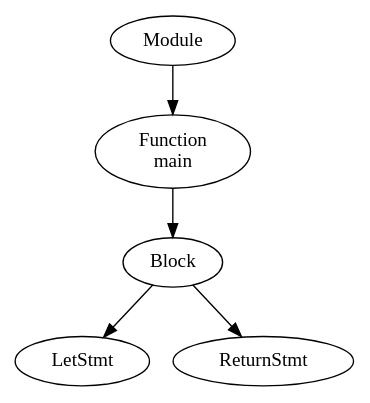
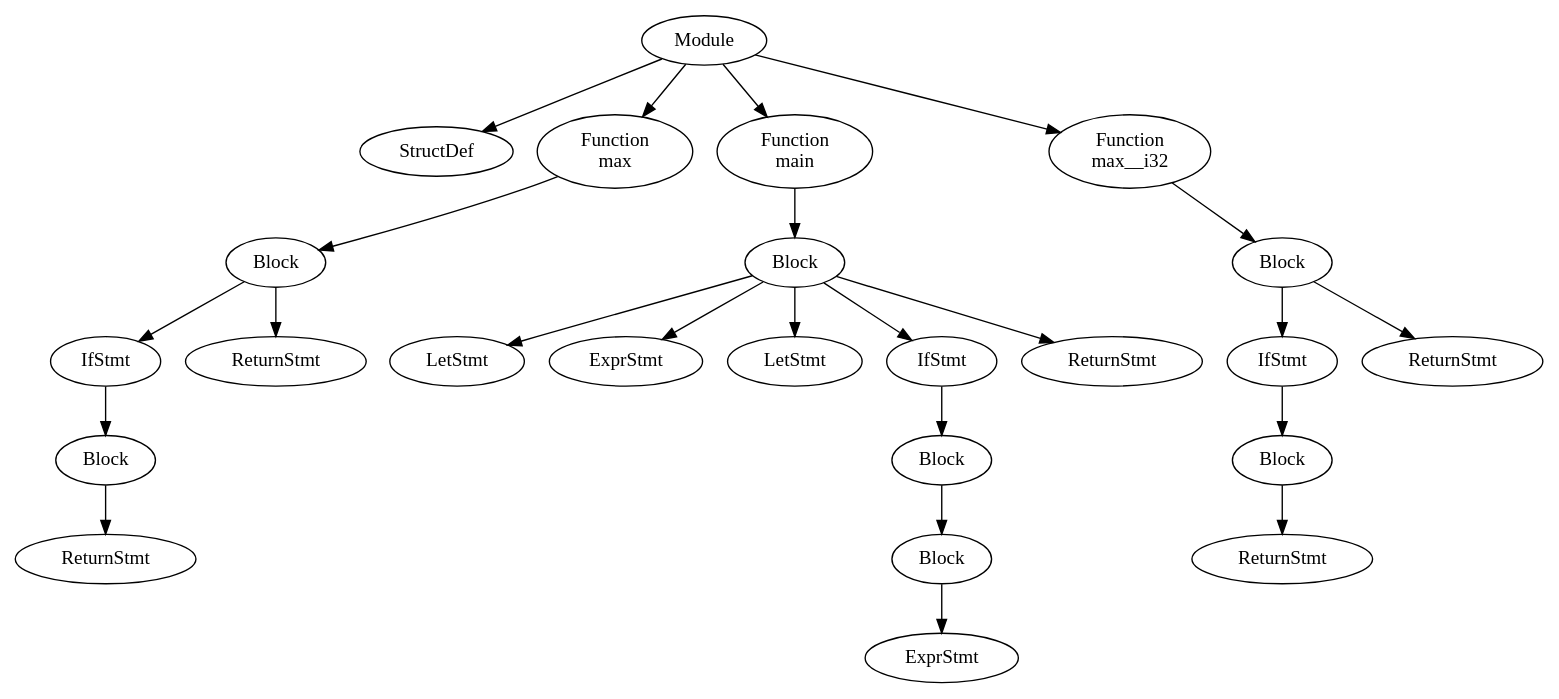
The diagram in out/ast.dot (yuu-hub-fuu/bianyiyuanli-main), drawn with Graphviz before and after one commit. The commit also changed 17 other files, not shown here.

```diff
--- a/out/ast.dot
+++ b/out/ast.dot
@@ -1,11 +1,49 @@
 digraph AST {
 n0 [label="Module"];
-n1 [label="Function\nmain"];
+n1 [label="StructDef"];
 n0 -> n1;
-n2 [label="Block"];
-n1 -> n2;
-n3 [label="LetStmt"];
+n2 [label="Function\nmax"];
+n0 -> n2;
+n3 [label="Block"];
 n2 -> n3;
-n4 [label="ReturnStmt"];
-n2 -> n4;
+n4 [label="IfStmt"];
+n3 -> n4;
+n5 [label="Block"];
+n4 -> n5;
+n6 [label="ReturnStmt"];
+n5 -> n6;
+n7 [label="ReturnStmt"];
+n3 -> n7;
+n8 [label="Function\nmain"];
+n0 -> n8;
+n9 [label="Block"];
+n8 -> n9;
+n10 [label="LetStmt"];
+n9 -> n10;
+n11 [label="ExprStmt"];
+n9 -> n11;
+n12 [label="LetStmt"];
+n9 -> n12;
+n13 [label="IfStmt"];
+n9 -> n13;
+n14 [label="Block"];
+n13 -> n14;
+n15 [label="Block"];
+n14 -> n15;
+n16 [label="ExprStmt"];
+n15 -> n16;
+n17 [label="ReturnStmt"];
+n9 -> n17;
+n18 [label="Function\nmax__i32"];
+n0 -> n18;
+n19 [label="Block"];
+n18 -> n19;
+n20 [label="IfStmt"];
+n19 -> n20;
+n21 [label="Block"];
+n20 -> n21;
+n22 [label="ReturnStmt"];
+n21 -> n22;
+n23 [label="ReturnStmt"];
+n19 -> n23;
 }
```
